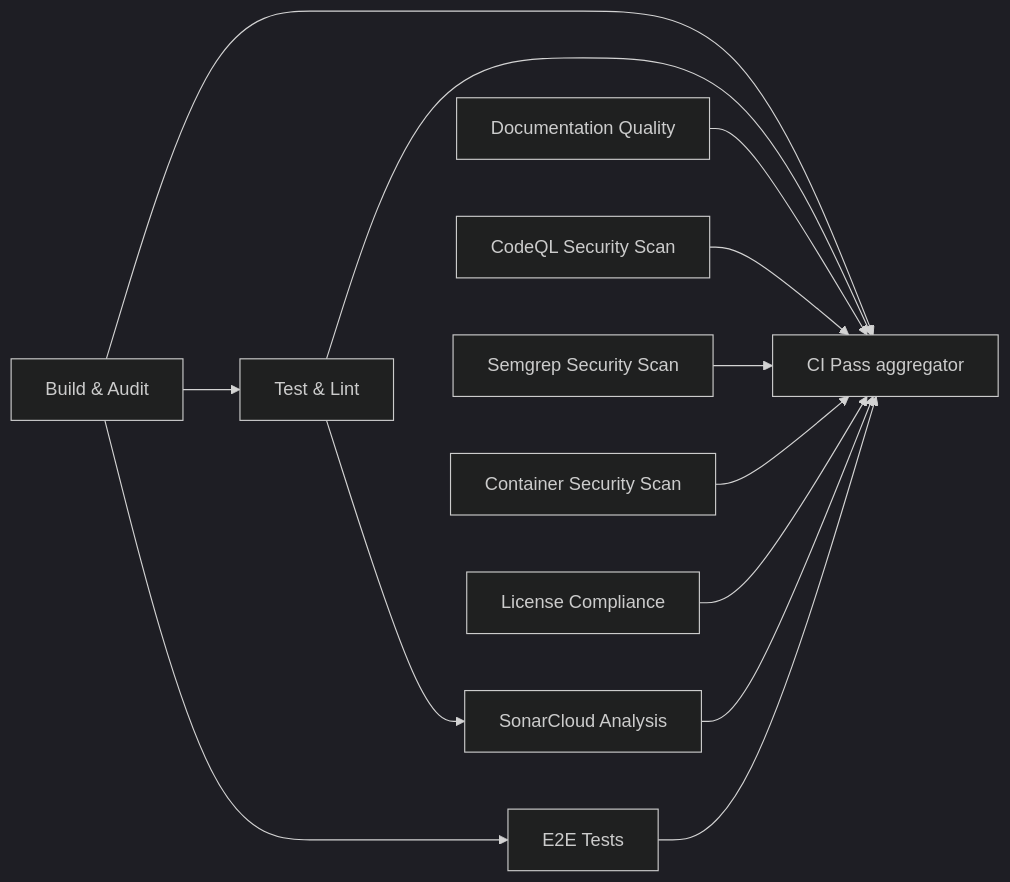
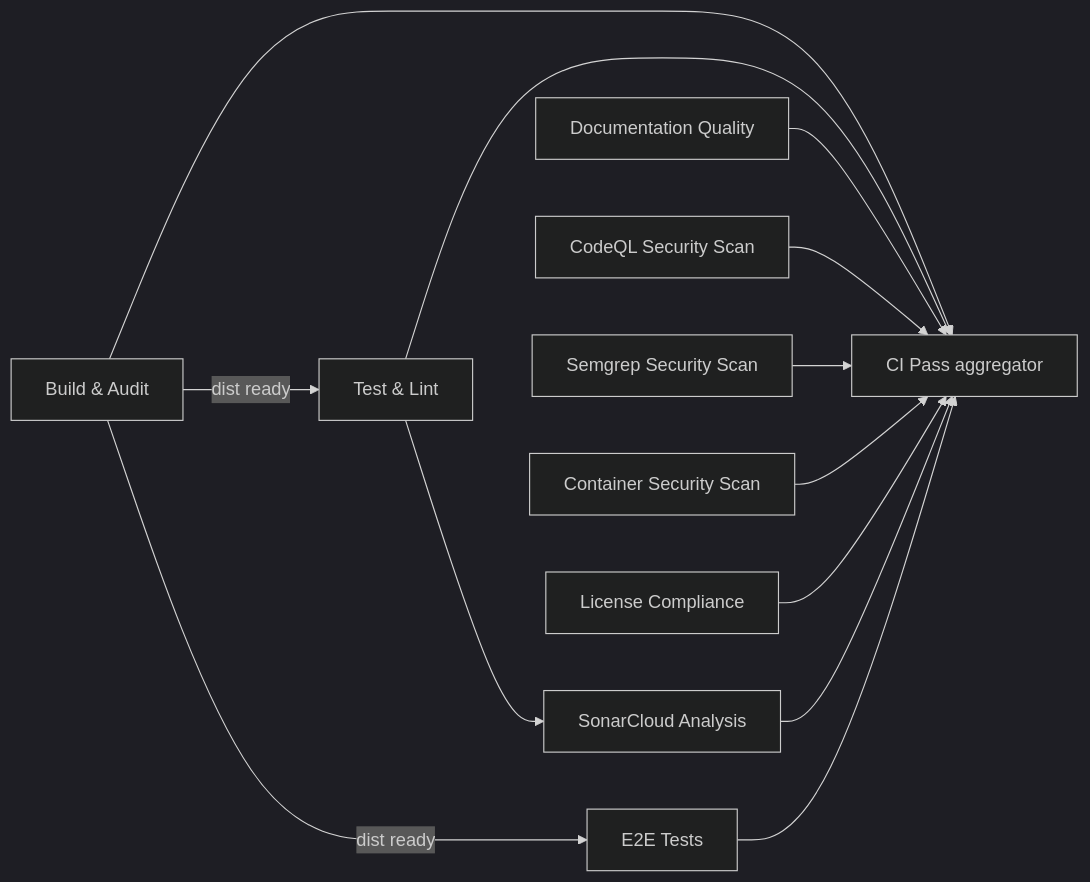
The second of 2 diagrams in docs/architecture/ci-pipeline.md (sergienko4/israeli-bank-scrapers-to-actual-budget), drawn with Mermaid (dark theme) before and after one commit. The commit also changed other lines of this file and 12 other files, not shown here.

First line of the commit message:
ci(deps): close three gaps in the update flow (#865)

````diff
--- a/docs/architecture/ci-pipeline.md
+++ b/docs/architecture/ci-pipeline.md
@@ -73,26 +73,26 @@
 ```mermaid
 graph LR
   build[Build & Audit]
   validate[Test & Lint]
   docs[Documentation Quality]
   security[CodeQL Security Scan]
   semgrep[Semgrep Security Scan]
   trivy[Container Security Scan]
   licenses[License Compliance]
   sonar[SonarCloud Analysis]
   e2e[E2E Tests]
   pass[CI Pass aggregator]
 
-  build --> validate
-  build --> e2e
+  build -->|dist ready| validate
+  build -->|dist ready| e2e
   validate --> sonar
   build --> pass
   validate --> pass
   docs --> pass
   security --> pass
   semgrep --> pass
   trivy --> pass
   licenses --> pass
   sonar --> pass
   e2e --> pass
 ```
````
